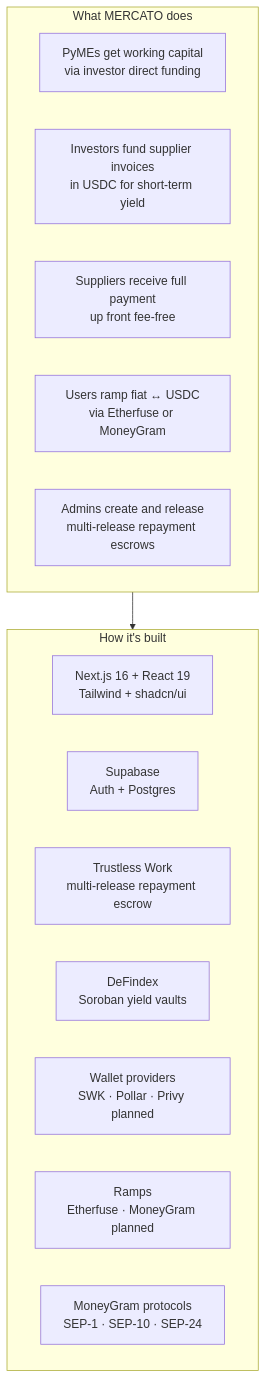
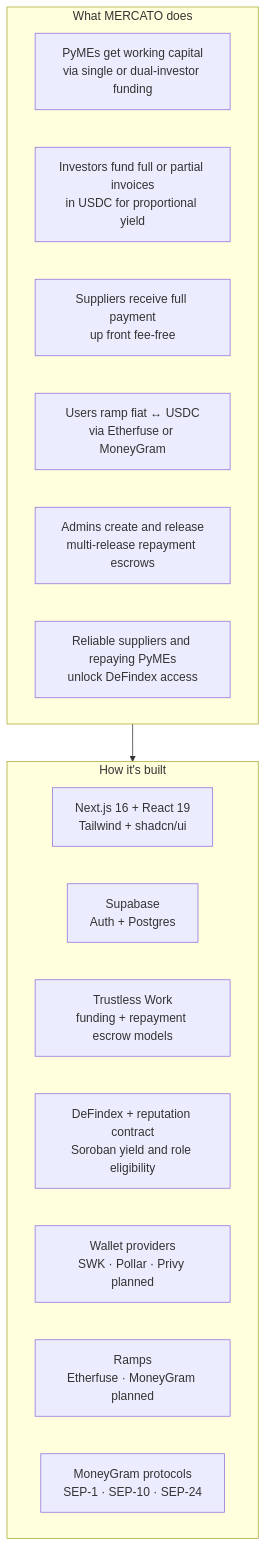
Before and after one commit to mercato-supply-chain/mercato-dapp: diagram 17 of 17 in doc/architecture.md, drawn with Mermaid. The commit also changed other lines of this file, not shown here.

Commit message:
Document dual-investor funding and reputation-gated vault plans

````diff
--- a/doc/architecture.md
+++ b/doc/architecture.md
@@ -816,22 +1069,23 @@
 ```mermaid
 flowchart TB
   subgraph What["What MERCATO does"]
-    D1["PyMEs get working capital\nvia investor direct funding"]
-    D2["Investors fund supplier invoices\nin USDC for short-term yield"]
+    D1["PyMEs get working capital\nvia single or dual-investor funding"]
+    D2["Investors fund full or partial invoices\nin USDC for proportional yield"]
     D3["Suppliers receive full payment\nup front fee-free"]
     D4["Users ramp fiat ↔ USDC\nvia Etherfuse or MoneyGram"]
     D5["Admins create and release\nmulti-release repayment escrows"]
+    D6["Reliable suppliers and repaying PyMEs\nunlock DeFindex access"]
   end
 
   subgraph How["How it's built"]
     T1["Next.js 16 + React 19\nTailwind + shadcn/ui"]
     T2["Supabase\nAuth + Postgres"]
-    T3["Trustless Work\nmulti-release repayment escrow"]
-    T3c["DeFindex\nSoroban yield vaults"]
+    T3["Trustless Work\nfunding + repayment escrow models"]
+    T3c["DeFindex + reputation contract\nSoroban yield and role eligibility"]
     T4["Wallet providers\nSWK · Pollar · Privy planned"]
     T5["Ramps\nEtherfuse · MoneyGram planned"]
     T6["MoneyGram protocols\nSEP-1 · SEP-10 · SEP-24"]
   end
 
   What --> How
 ```
````
